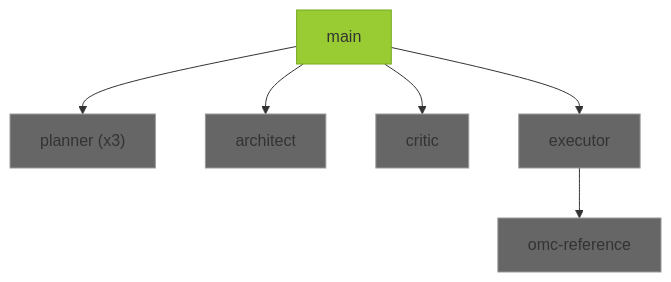
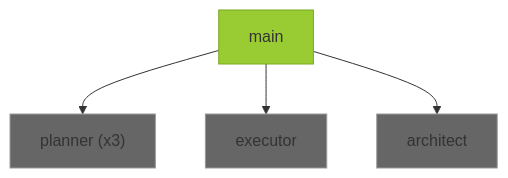
The diagram in docs/ROADMAP.md (ajsirh12/agent-lens), drawn with Mermaid before and after one commit. The commit also changed other lines of this file, not shown here.

First line of the commit message:
docs: update ROADMAP to post-v0.9.0 state

````diff
--- a/docs/ROADMAP.md
+++ b/docs/ROADMAP.md
@@ -179,22 +117,16 @@
 ```mermaid
 graph TD
     main[main]
     planner["planner (x3)"]
     architect[architect]
-    critic[critic]
     executor[executor]
-    omc_ref[omc-reference]
 
     main --> planner
     main --> executor
     main --> architect
-    main --> critic
-    executor --> omc_ref
 
     classDef done fill:#666,stroke:#999
     classDef running fill:#9c3,stroke:#7a2
-    classDef error fill:#c33,stroke:#902
-
-    class planner,architect,critic,executor,omc_ref done
+    class planner,architect,executor done
     class main running
 ```
````
